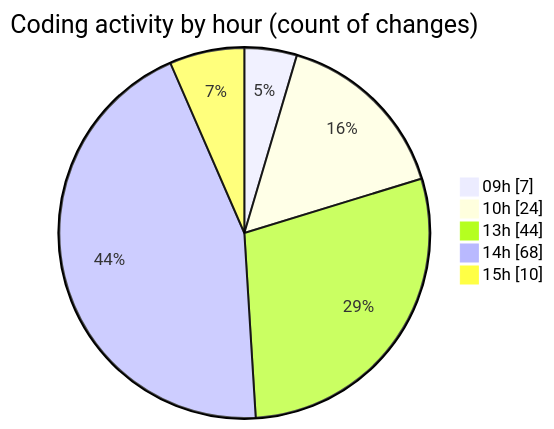
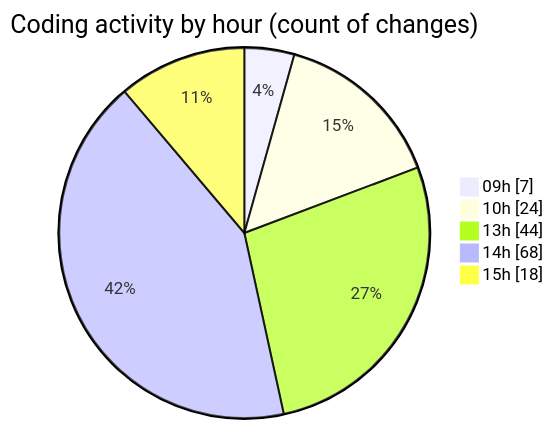
Before and after one commit to momahboobian/code-tracking: the second of 2 diagrams in 2025-04-10/cda/README.md, drawn with Mermaid. The commit also changed other lines of this file and 1 other file, not shown here.

````diff
--- a/2025-04-10/cda/README.md
+++ b/2025-04-10/cda/README.md
@@ -35,9 +35,9 @@
 ```mermaid
 pie showData
 title Coding activity by hour (count of changes)
 "09h" : 7
 "10h" : 24
 "13h" : 44
 "14h" : 68
-"15h" : 10
+"15h" : 18
 ```
````
